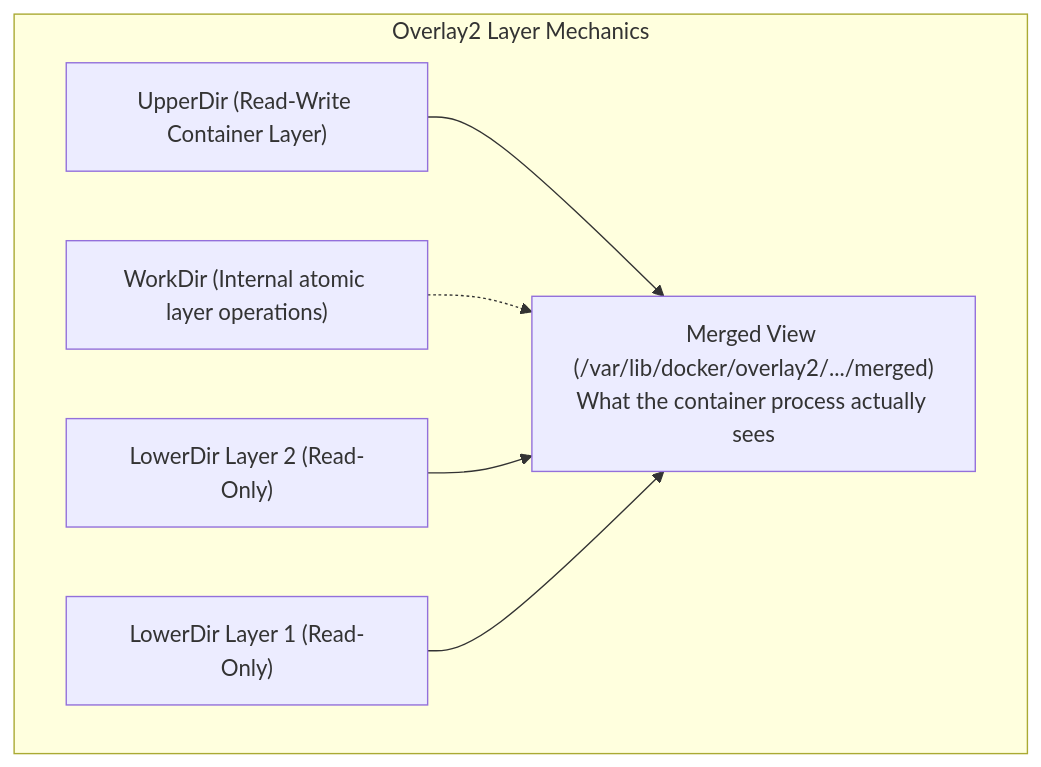
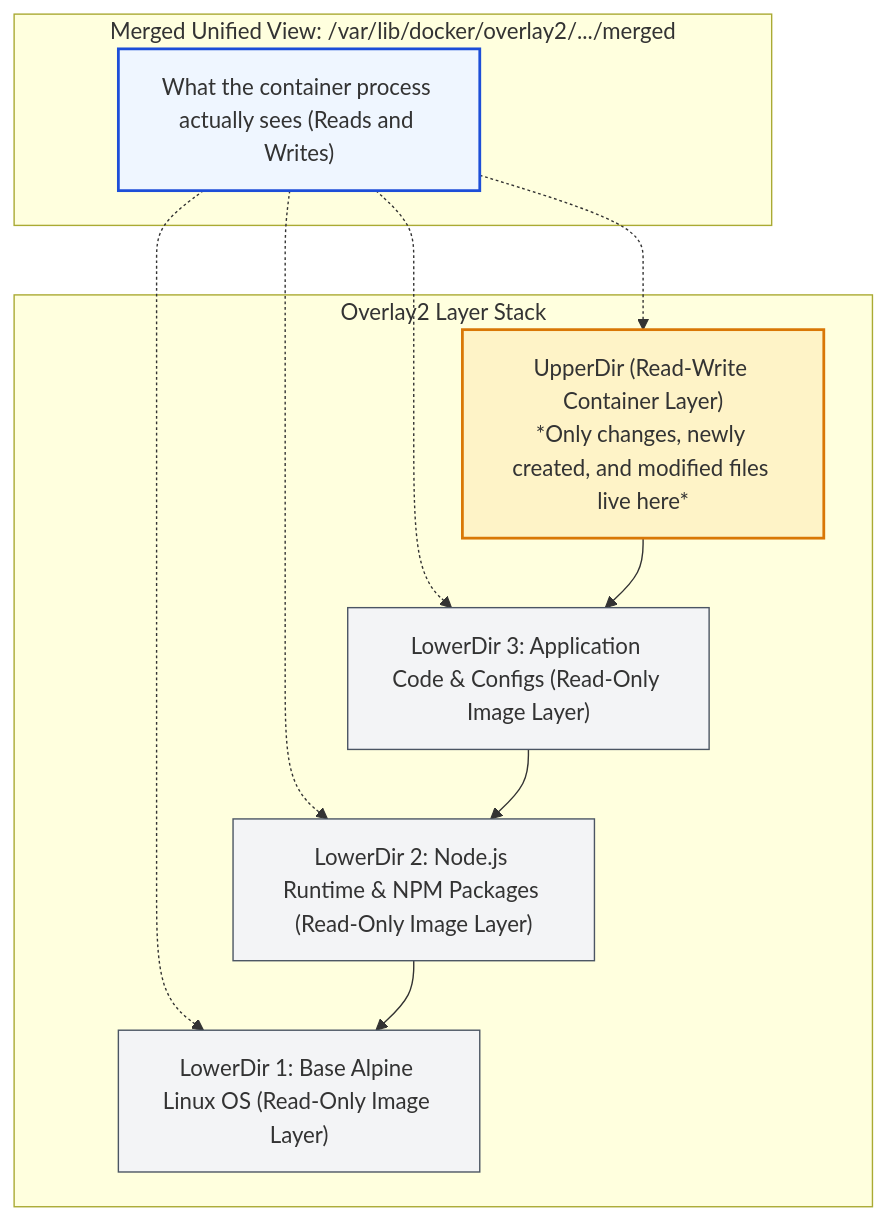
Before and after one commit to PandeyKishan/Study-Notes: the sixth of 7 diagrams in 01-Docker/01-Core-Concepts-and-Architecture.md, drawn with Mermaid. The commit also changed other lines of this file and 20 other files, not shown here.

````diff
--- a/01-Docker/01-Core-Concepts-and-Architecture.md
+++ b/01-Docker/01-Core-Concepts-and-Architecture.md
@@ -84,15 +233,28 @@
 ```mermaid
 flowchart TD
-    subgraph Overlay2_Storage["Overlay2 Layer Mechanics"]
-        Merged["Merged View (/var/lib/docker/overlay2/.../merged)\nWhat the container process actually sees"]
-        WorkDir["WorkDir (Internal atomic layer operations)"]
-        Upper["UpperDir (Read-Write Container Layer)"]
-        Lower2["LowerDir Layer 2 (Read-Only)"]
-        Lower1["LowerDir Layer 1 (Read-Only)"]
+    subgraph Merged_View["Merged Unified View: /var/lib/docker/overlay2/.../merged"]
+        MV["What the container process actually sees (Reads and Writes)"]
+    end
 
-        Upper --> Merged
-        WorkDir -.-> Merged
-        Lower2 --> Merged
-        Lower1 --> Merged
+    subgraph Layers["Overlay2 Layer Stack"]
+        Upper["UpperDir (Read-Write Container Layer)\n*Only changes, newly created, and modified files live here*"]
+        Lower3["LowerDir 3: Application Code & Configs (Read-Only Image Layer)"]
+        Lower2["LowerDir 2: Node.js Runtime & NPM Packages (Read-Only Image Layer)"]
+        Lower1["LowerDir 1: Base Alpine Linux OS (Read-Only Image Layer)"]
     end
+
+    MV -.-> Upper
+    MV -.-> Lower3
+    MV -.-> Lower2
+    MV -.-> Lower1
+
+    Upper --> Lower3
+    Lower3 --> Lower2
+    Lower2 --> Lower1
+
+    style MV fill:#eff6ff,stroke:#1d4ed8,stroke-width:2px
+    style Upper fill:#fef3c7,stroke:#d97706,stroke-width:2px
+    style Lower3 fill:#f3f4f6,stroke:#4b5563,stroke-width:1px
+    style Lower2 fill:#f3f4f6,stroke:#4b5563,stroke-width:1px
+    style Lower1 fill:#f3f4f6,stroke:#4b5563,stroke-width:1px
 ```
````
